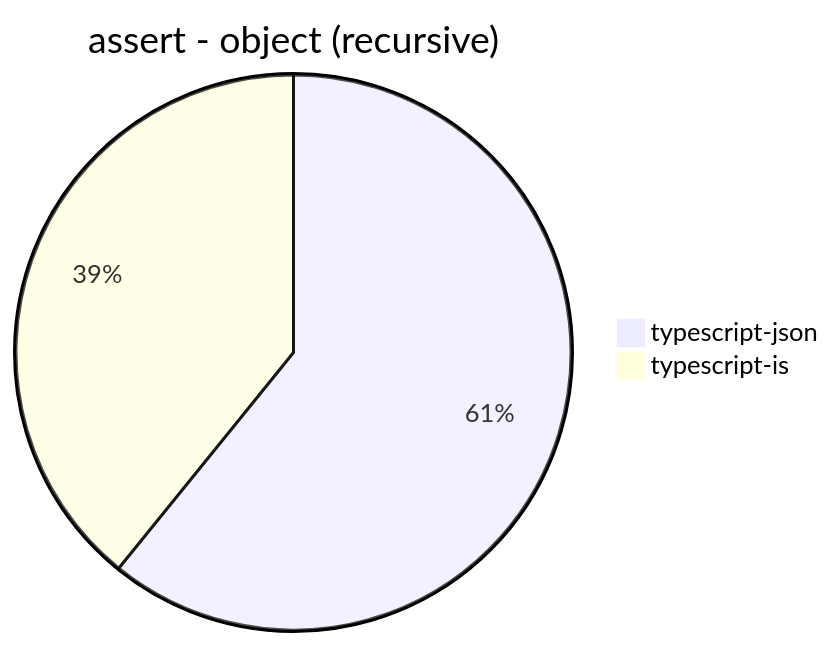
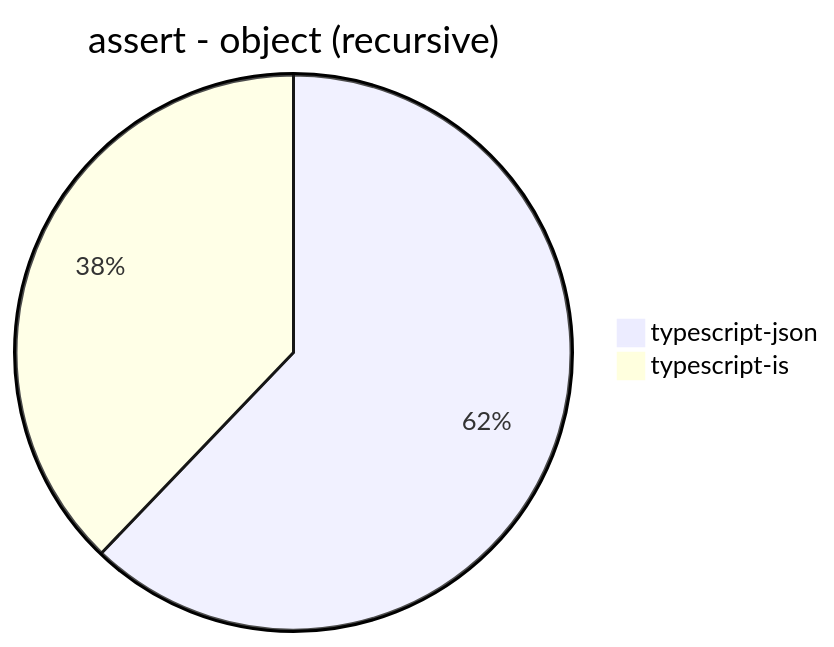
Before and after one commit to samchon/typia: the second of 30 diagrams in benchmark/results/Apple M1.md, drawn with Mermaid. The commit also changed other lines of this file, not shown here.

````diff
--- a/benchmark/results/Apple M1.md
+++ b/benchmark/results/Apple M1.md
@@ -24,5 +25,5 @@
 ```mermaid
 pie title assert - object (recursive)
-  "typescript-json": 32381.264807727355
-  "typescript-is": 20847.71013426522
+  "typescript-json": 31660.310995927433
+  "typescript-is": 19281.017257039057
 ```
````
